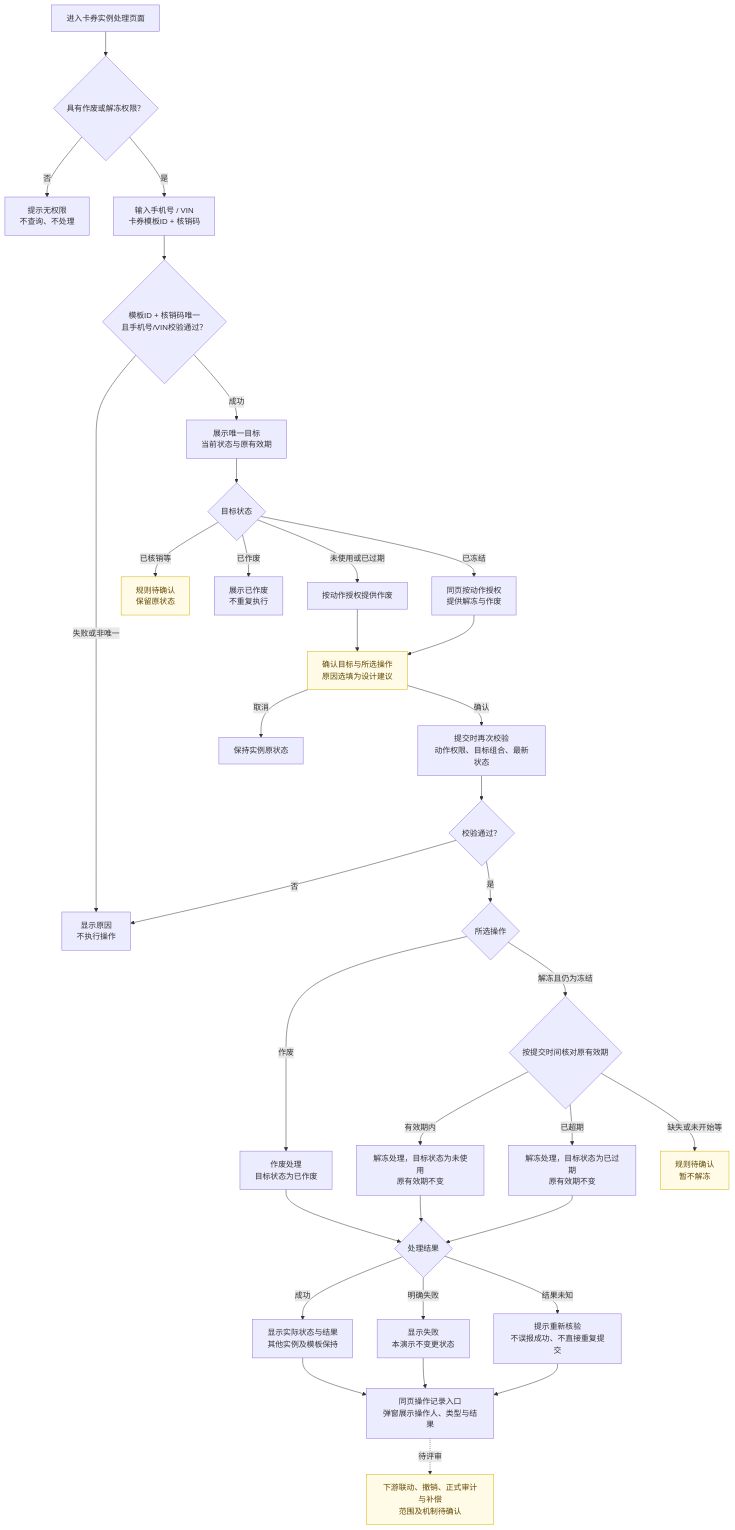
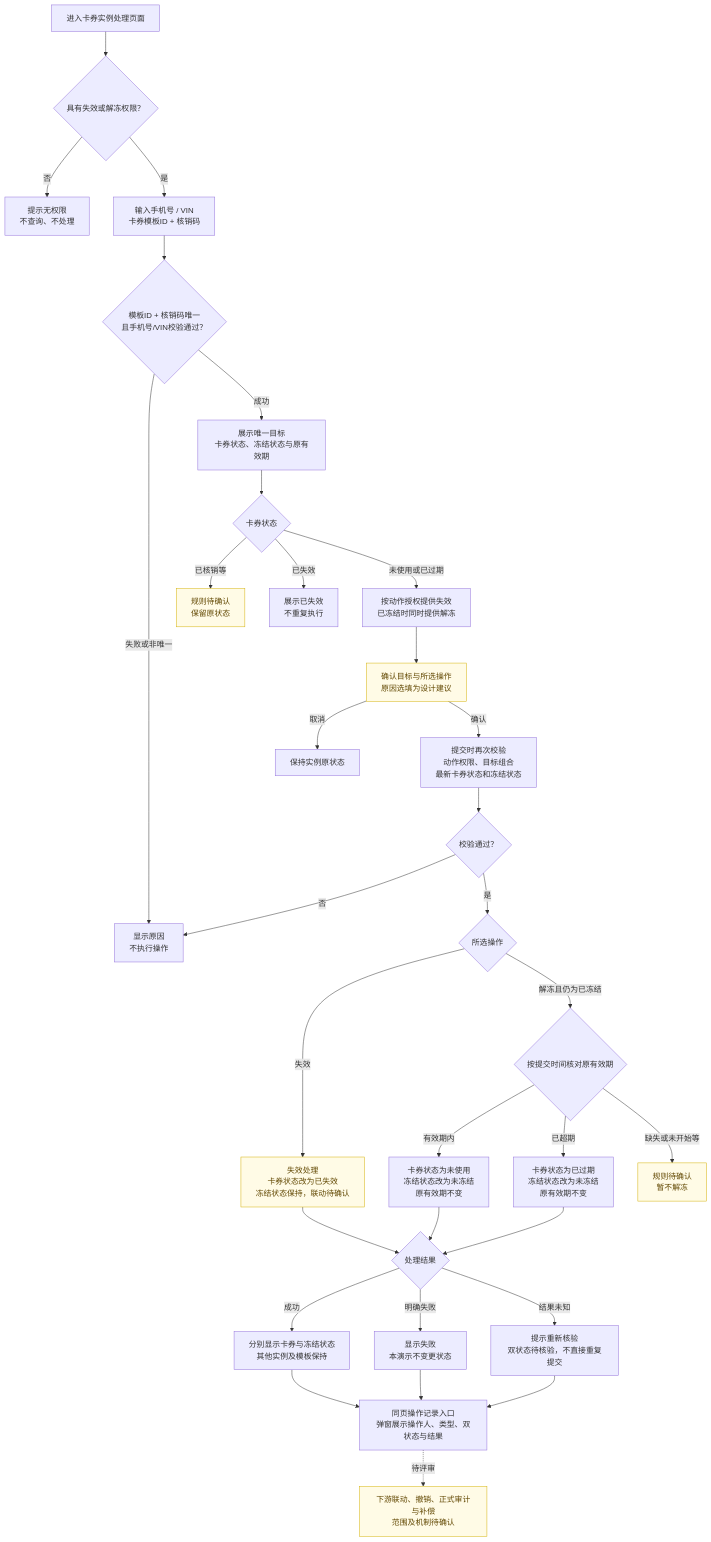
Before and after one commit to huanghaofa/combo-activity-tiered-claim-prototype: the diagram in coupon-instance-void/docs/flow.mmd, drawn with Mermaid. The commit also changed 13 other files, not shown here.

```diff
--- a/coupon-instance-void/docs/flow.mmd
+++ b/coupon-instance-void/docs/flow.mmd
@@ -1,55 +1,57 @@
 flowchart TD
-    A[进入卡券实例处理页面] --> B{具有作废或解冻权限？}
+    A[进入卡券实例处理页面] --> B{具有失效或解冻权限？}
     B -- 否 --> X[提示无权限
 不查询、不处理]
     B -- 是 --> C[输入手机号 / VIN
 卡券模板ID + 核销码]
     C --> D{模板ID + 核销码唯一
 且手机号/VIN校验通过？}
     D -- 失败或非唯一 --> E[显示原因
 不执行操作]
     D -- 成功 --> F[展示唯一目标
-当前状态与原有效期]
-    F --> G{目标状态}
+卡券状态、冻结状态与原有效期]
+    F --> G{卡券状态}
     G -- 已核销等 --> H[规则待确认
 保留原状态]
-    G -- 已作废 --> R[展示已作废
+    G -- 已失效 --> R[展示已失效
 不重复执行]
-    G -- 未使用或已过期 --> V[按动作授权提供作废]
-    G -- 已冻结 --> U[同页按动作授权
-提供解冻与作废]
+    G -- 未使用或已过期 --> V[按动作授权提供失效
+已冻结时同时提供解冻]
     V --> I[确认目标与所选操作
 原因选填为设计建议]
-    U --> I
     I -- 取消 --> Z[保持实例原状态]
     I -- 确认 --> J[提交时再次校验
-动作权限、目标组合、最新状态]
+动作权限、目标组合
+最新卡券状态和冻结状态]
     J --> K{校验通过？}
     K -- 否 --> E
     K -- 是 --> L{所选操作}
-    L -- 作废 --> W[作废处理
-目标状态为已作废]
-    L -- 解冻且仍为冻结 --> T{按提交时间核对原有效期}
-    T -- 有效期内 --> N[解冻处理，目标状态为未使用
+    L -- 失效 --> W[失效处理
+卡券状态改为已失效
+冻结状态保持，联动待确认]
+    L -- 解冻且仍为已冻结 --> T{按提交时间核对原有效期}
+    T -- 有效期内 --> N[卡券状态为未使用
+冻结状态改为未冻结
 原有效期不变]
-    T -- 已超期 --> O[解冻处理，目标状态为已过期
+    T -- 已超期 --> O[卡券状态为已过期
+冻结状态改为未冻结
 原有效期不变]
     T -- 缺失或未开始等 --> Y[规则待确认
 暂不解冻]
     W --> M{处理结果}
     N --> M
     O --> M
-    M -- 成功 --> S[显示实际状态与结果
+    M -- 成功 --> S[分别显示卡券与冻结状态
 其他实例及模板保持]
     M -- 明确失败 --> FAIL[显示失败
 本演示不变更状态]
     M -- 结果未知 --> P[提示重新核验
-不误报成功、不直接重复提交]
+双状态待核验，不直接重复提交]
     S --> LOG[同页操作记录入口
-弹窗展示操作人、类型与结果]
+弹窗展示操作人、类型、双状态与结果]
     FAIL --> LOG
     P --> LOG
     LOG -. 待评审 .-> Q[下游联动、撤销、正式审计与补偿
 范围及机制待确认]
     classDef pending fill:#fffbe6,stroke:#d4b106,color:#614700;
-    class H,I,Y,Q pending;
+    class H,I,Y,Q,W pending;
```
